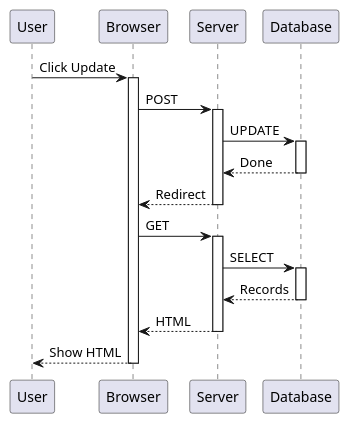
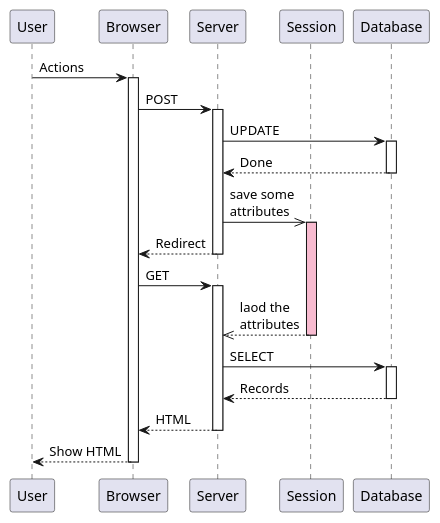
One commit to u4da3/express-redirect-flash changed the diagram in uml/seq.puml. Above: the diagram before and after it, drawn with PlantUML. The commit also changed 1 other file, not shown here.

```diff
--- a/uml/seq.puml
+++ b/uml/seq.puml
@@ -1,22 +1,32 @@
 @startuml sequence
-User -> Browser : Click Update
+participant User
+participant Browser
+participant Server
+participant Session
+participant Database
+
+User -> Browser : Actions
 activate Browser
 Browser -> Server : POST
 activate Server
 Server -> Database : UPDATE
 activate Database
 Server <-- Database : Done
 deactivate Database
+Server ->> Session : save some\nattributes
+activate Session #f8bbd0
 Browser <-- Server : Redirect
 deactivate Server
 Browser -> Server : GET
 activate Server
+Server <<-- Session : laod the\nattributes
+deactivate Session
 Server -> Database : SELECT
 activate Database
 Server <-- Database : Records
 deactivate Database
 Browser <-- Server : HTML
 deactivate Server
 User <-- Browser : Show HTML
 deactivate Browser
 @enduml
```
